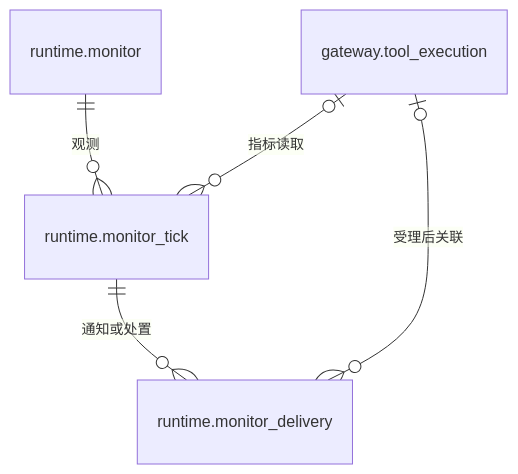
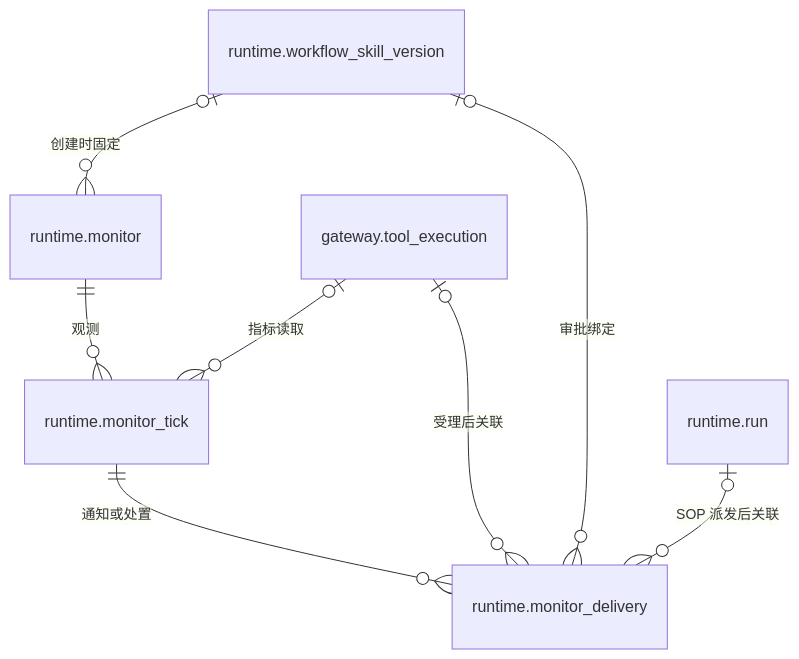
The eighth of 8 diagrams in database/er.md (1625753348/mySuperClaw), drawn with Mermaid before and after one commit. The commit also changed 32 other files, not shown here.

Commit message:
Run approved monitor SOPs and persist chat summaries and large artifacts

````diff
--- a/database/er.md
+++ b/database/er.md
@@ -445,11 +445,16 @@
 ```mermaid
 erDiagram
     MONITOR["runtime.monitor"]
     TICK["runtime.monitor_tick"]
     DELIVERY["runtime.monitor_delivery"]
     EXECUTION["gateway.tool_execution"]
+    SKILL_VERSION["runtime.workflow_skill_version"]
+    RUN["runtime.run"]
     MONITOR ||--o{ TICK : "观测"
     TICK ||--o{ DELIVERY : "通知或处置"
     EXECUTION o|--o{ TICK : "指标读取"
     EXECUTION o|--o{ DELIVERY : "受理后关联"
+    SKILL_VERSION o|--o{ MONITOR : "创建时固定"
+    SKILL_VERSION o|--o{ DELIVERY : "审批绑定"
+    RUN o|--o{ DELIVERY : "SOP 派发后关联"
 ```
````
